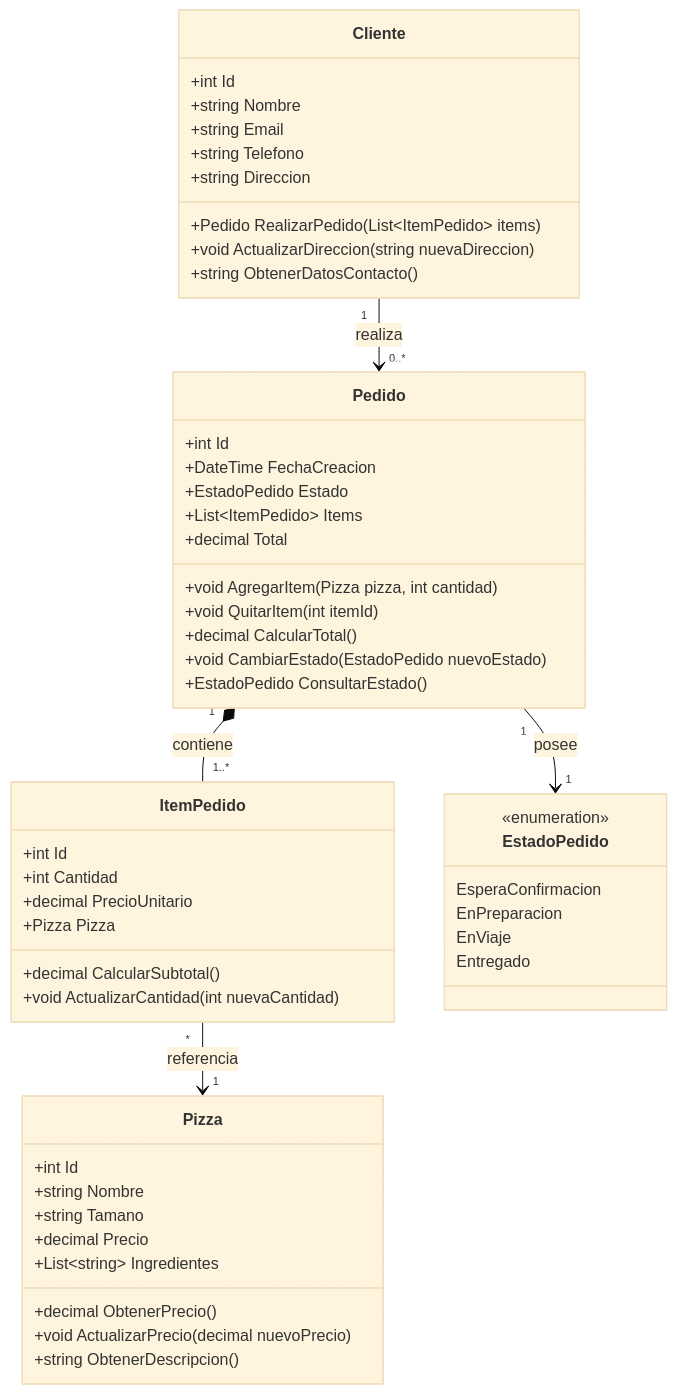
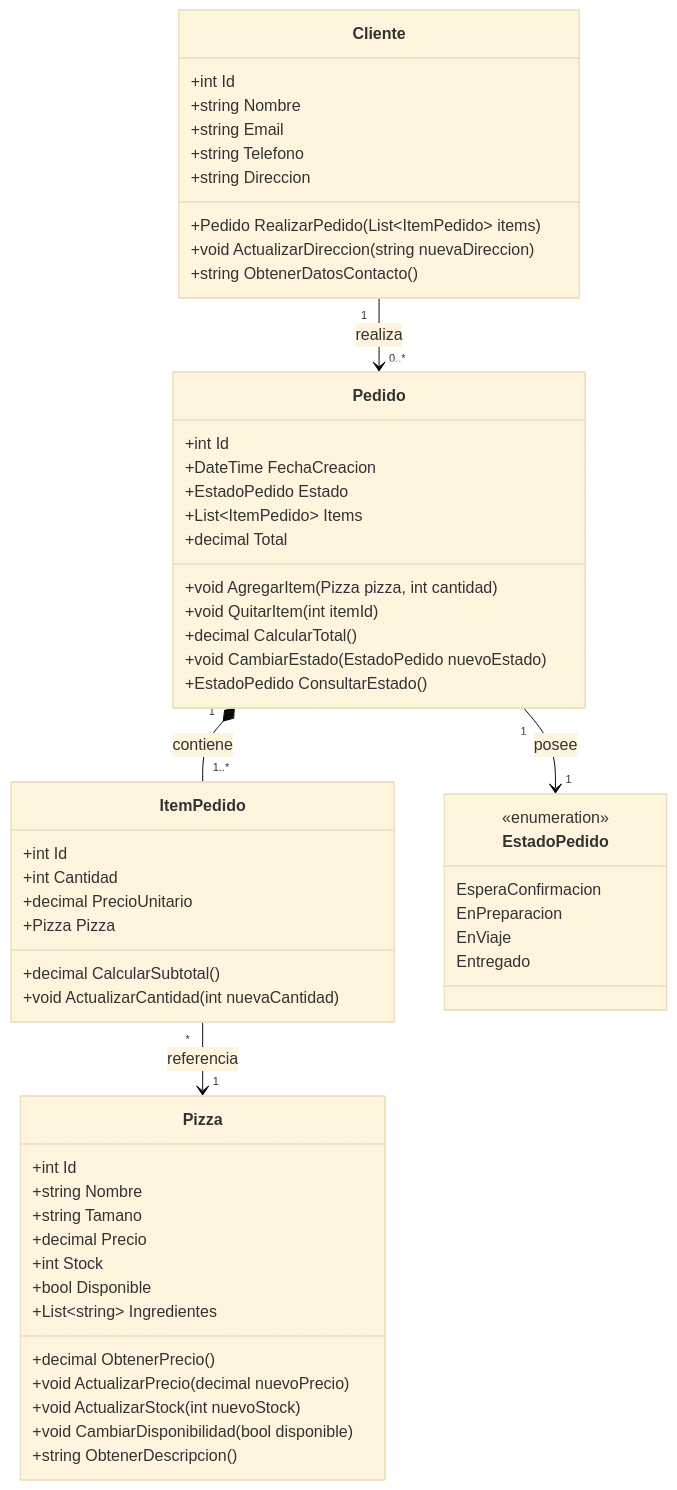
The first of 4 diagrams in Plan3.2/Relevamiento.md (MonkiCapo/Trabajos2026), drawn with Mermaid (base theme) before and after one commit. The commit also changed other lines of this file and 145 other files, not shown here.

````diff
--- a/Plan3.2/Relevamiento.md
+++ b/Plan3.2/Relevamiento.md
@@ -39,59 +39,63 @@
 ```mermaid
 classDiagram
     class Cliente {
         +int Id
         +string Nombre
         +string Email
         +string Telefono
         +string Direccion
         +Pedido RealizarPedido(List~ItemPedido~ items)
         +void ActualizarDireccion(string nuevaDireccion)
         +string ObtenerDatosContacto()
     }
 
     class Pizza {
         +int Id
         +string Nombre
         +string Tamano
         +decimal Precio
+        +int Stock
+        +bool Disponible
         +List~string~ Ingredientes
         +decimal ObtenerPrecio()
         +void ActualizarPrecio(decimal nuevoPrecio)
+        +void ActualizarStock(int nuevoStock)
+        +void CambiarDisponibilidad(bool disponible)
         +string ObtenerDescripcion()
     }
 
     class ItemPedido {
         +int Id
         +int Cantidad
         +decimal PrecioUnitario
         +Pizza Pizza
         +decimal CalcularSubtotal()
         +void ActualizarCantidad(int nuevaCantidad)
     }
 
     class Pedido {
         +int Id
         +DateTime FechaCreacion
         +EstadoPedido Estado
         +List~ItemPedido~ Items
         +decimal Total
         +void AgregarItem(Pizza pizza, int cantidad)
         +void QuitarItem(int itemId)
         +decimal CalcularTotal()
         +void CambiarEstado(EstadoPedido nuevoEstado)
         +EstadoPedido ConsultarEstado()
     }
 
     class EstadoPedido {
         <<enumeration>>
         EsperaConfirmacion
         EnPreparacion
         EnViaje
         Entregado
     }
 
     Cliente "1" --> "0..*" Pedido : realiza
     Pedido "1" *-- "1..*" ItemPedido : contiene
     ItemPedido "*" --> "1" Pizza : referencia
     Pedido "1" --> "1" EstadoPedido : posee
 ```
````
